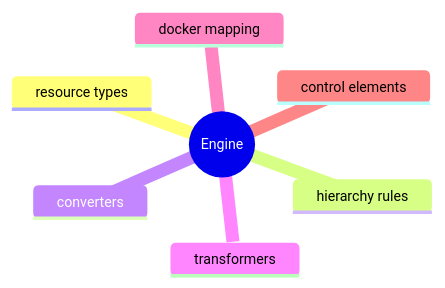
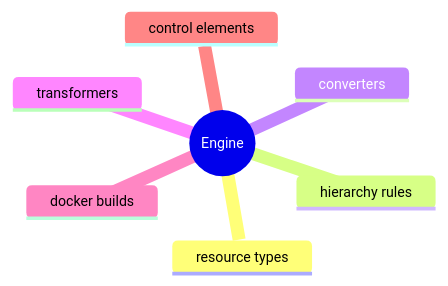
One commit to pavel-agarkov/live-arch changed the third of 3 diagrams in slides/sections/6.engine.md. Above: the diagram before and after it, drawn with Mermaid. The commit also changed other lines of this file and 3 other files, not shown here.

````diff
--- a/slides/sections/6.engine.md
+++ b/slides/sections/6.engine.md
@@ -312,13 +312,13 @@
 ```mermaid
 %%{init: {
   "themeVariables": { "fontSize": "12px" }
 }}%%
 mindmap
   root((Engine))
     resource types
     hierarchy rules
     converters
     transformers
-    docker mapping
+    docker builds
     control elements
 ```
````
